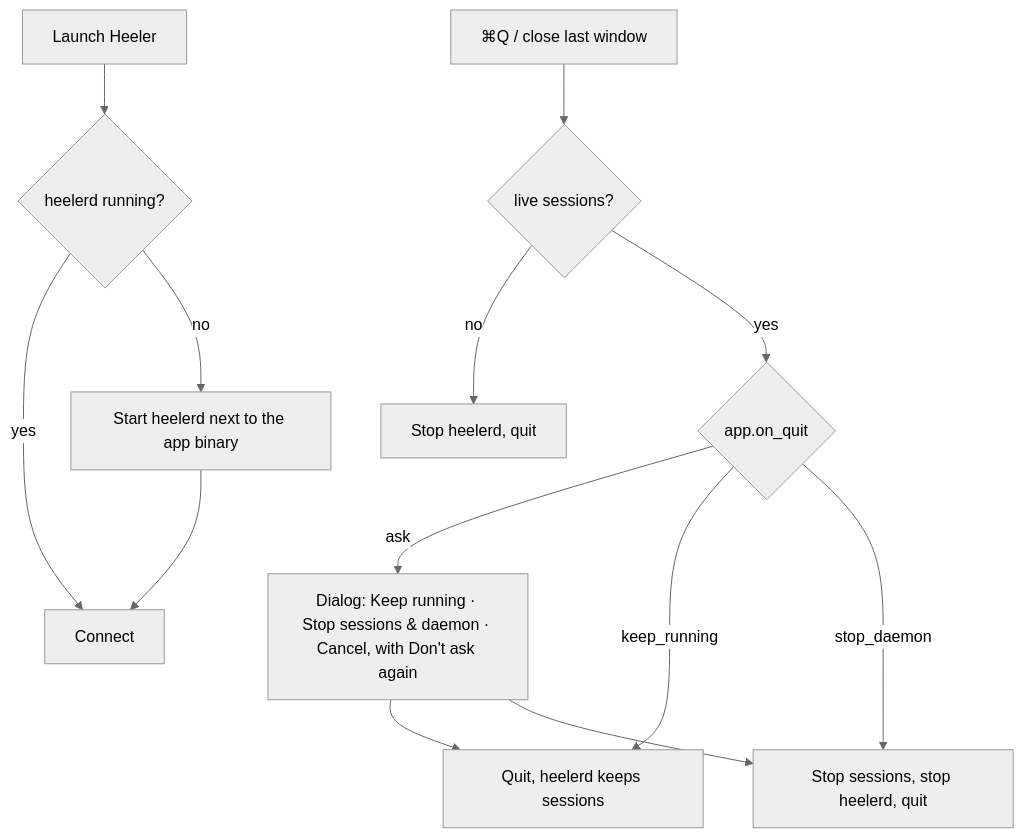
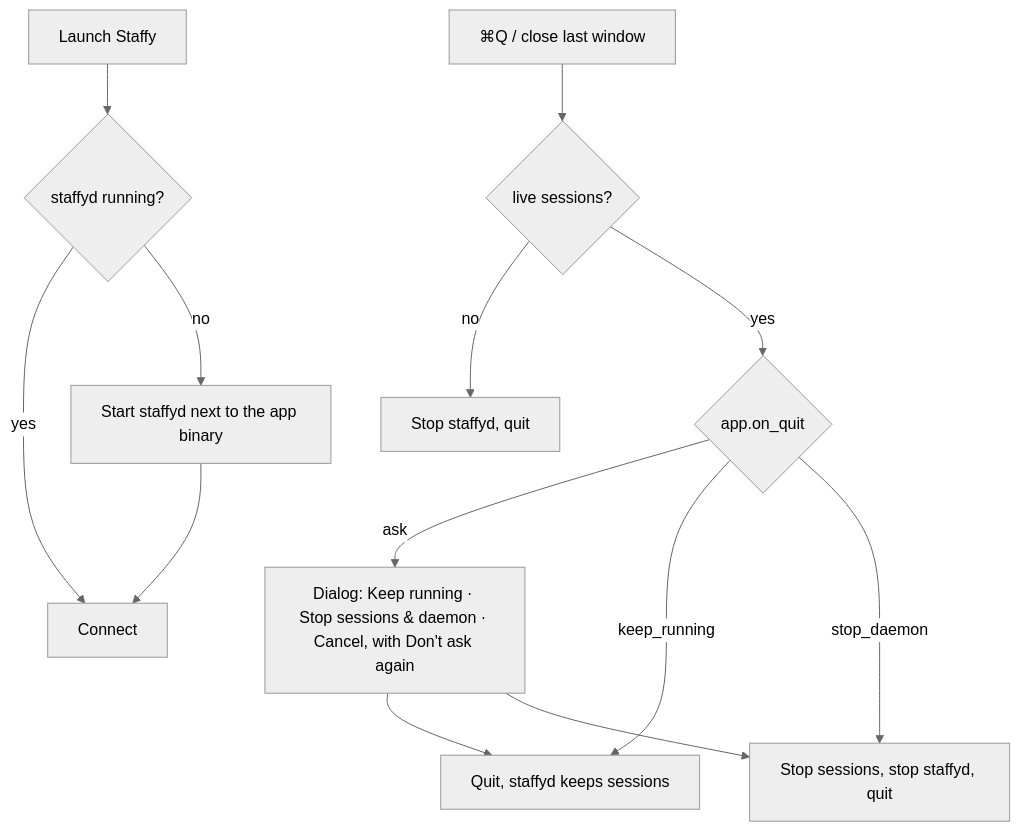
One commit to robertt3kuk/heeler changed the second of 2 diagrams in docs/design.md. Above: the diagram before and after it, drawn with Mermaid (neutral theme). The commit also changed other lines of this file and 378 other files, not shown here.

Commit message:
refactor!: rename the project from Heeler to Staffy

````diff
--- a/docs/design.md
+++ b/docs/design.md
@@ -335,14 +335,14 @@
 ```mermaid
 flowchart TD
-  L[Launch Heeler] --> C{heelerd running?}
+  L[Launch Staffy] --> C{staffyd running?}
   C -- yes --> A[Connect]
-  C -- no --> S[Start heelerd next to the app binary] --> A
+  C -- no --> S[Start staffyd next to the app binary] --> A
   Q[⌘Q / close last window] --> LV{live sessions?}
-  LV -- no --> X[Stop heelerd, quit]
+  LV -- no --> X[Stop staffyd, quit]
   LV -- yes --> P{app.on_quit}
   P -- ask --> D[Dialog: Keep running · Stop sessions & daemon · Cancel, with Don't ask again]
-  P -- keep_running --> K[Quit, heelerd keeps sessions]
-  P -- stop_daemon --> X2[Stop sessions, stop heelerd, quit]
+  P -- keep_running --> K[Quit, staffyd keeps sessions]
+  P -- stop_daemon --> X2[Stop sessions, stop staffyd, quit]
   D --> K
   D --> X2
 ```
````
